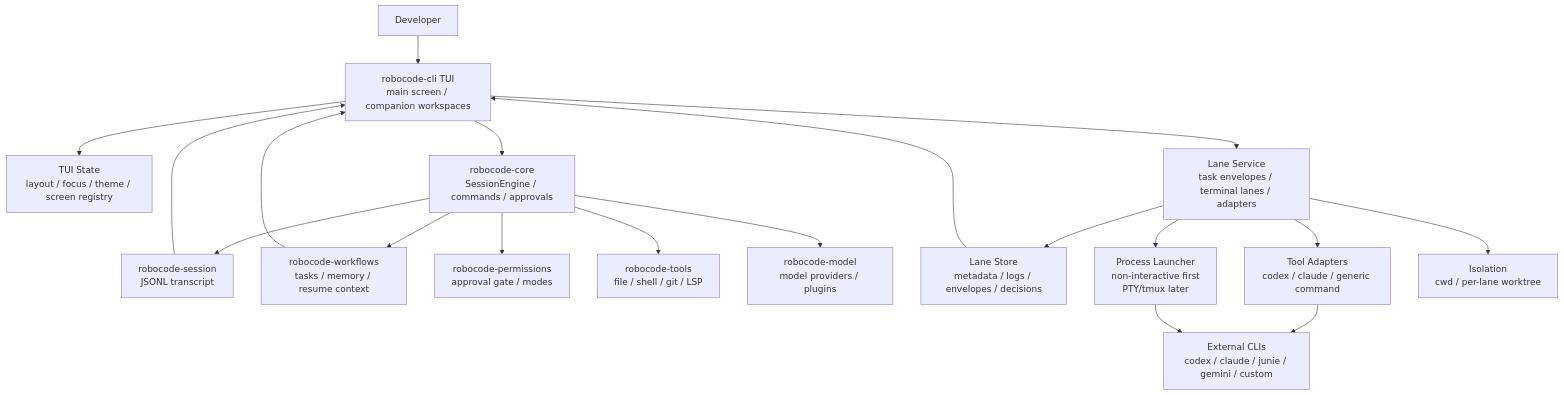
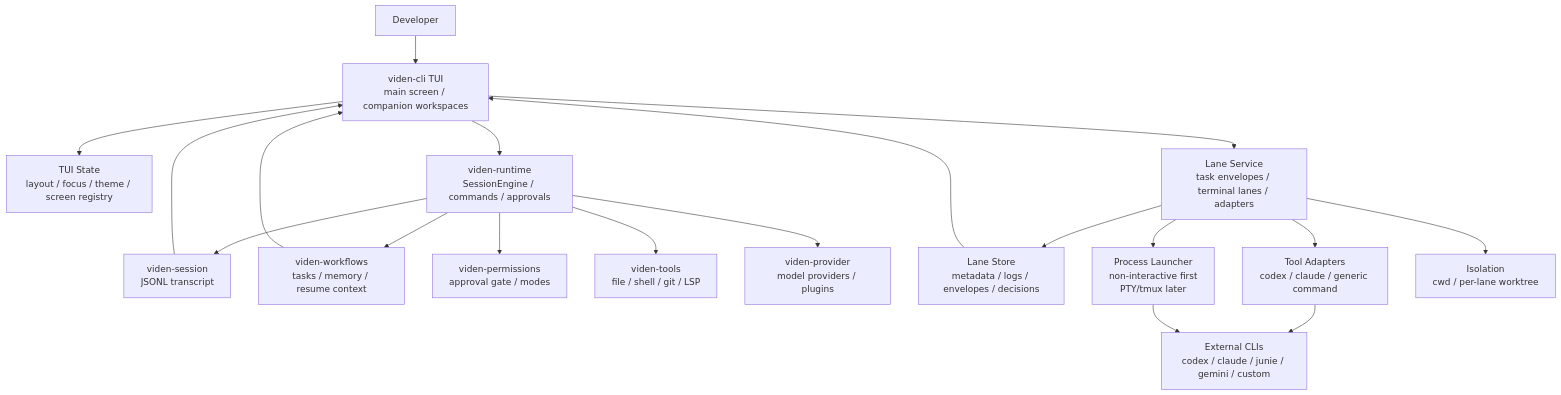
The diagram in docs/tui-lane-architecture-plan.md (wikieden/robocode), drawn with Mermaid before and after one commit. The commit also changed other lines of this file and 331 other files, not shown here.

Commit message:
refactor: reorganize workspace for viden plugins

````diff
--- a/docs/tui-lane-architecture-plan.md
+++ b/docs/tui-lane-architecture-plan.md
@@ -18,26 +18,26 @@
 ```mermaid
 flowchart TB
-    User["Developer"] --> TUI["robocode-cli TUI<br/>main screen / companion workspaces"]
+    User["Developer"] --> TUI["viden-cli TUI<br/>main screen / companion workspaces"]
 
     TUI --> TuiState["TUI State<br/>layout / focus / theme / screen registry"]
-    TUI --> Core["robocode-core<br/>SessionEngine / commands / approvals"]
+    TUI --> Core["viden-runtime<br/>SessionEngine / commands / approvals"]
     TUI --> LaneSvc["Lane Service<br/>task envelopes / terminal lanes / adapters"]
 
-    Core --> Transcript["robocode-session<br/>JSONL transcript"]
-    Core --> Workflows["robocode-workflows<br/>tasks / memory / resume context"]
-    Core --> Permissions["robocode-permissions<br/>approval gate / modes"]
-    Core --> Tools["robocode-tools<br/>file / shell / git / LSP"]
-    Core --> Providers["robocode-model<br/>model providers / plugins"]
+    Core --> Transcript["viden-session<br/>JSONL transcript"]
+    Core --> Workflows["viden-workflows<br/>tasks / memory / resume context"]
+    Core --> Permissions["viden-permissions<br/>approval gate / modes"]
+    Core --> Tools["viden-tools<br/>file / shell / git / LSP"]
+    Core --> Providers["viden-provider<br/>model providers / plugins"]
 
     LaneSvc --> LaneStore["Lane Store<br/>metadata / logs / envelopes / decisions"]
     LaneSvc --> Adapters["Tool Adapters<br/>codex / claude / generic command"]
     LaneSvc --> Launcher["Process Launcher<br/>non-interactive first<br/>PTY/tmux later"]
     LaneSvc --> Isolation["Isolation<br/>cwd / per-lane worktree"]
 
     Adapters --> External["External CLIs<br/>codex / claude / junie / gemini / custom"]
     Launcher --> External
 
     LaneStore --> TUI
     Transcript --> TUI
     Workflows --> TUI
 ```
````
